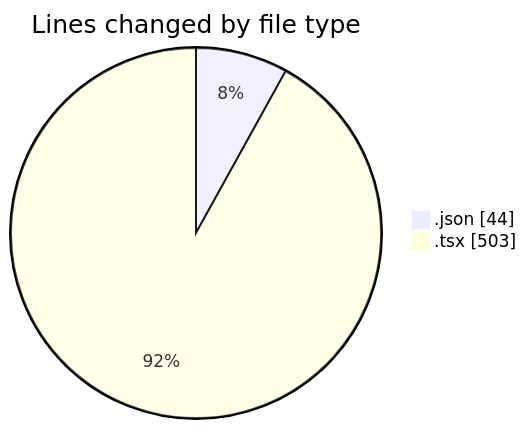
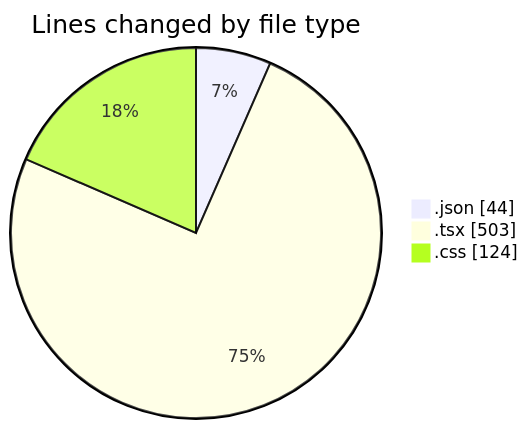
The first of 2 diagrams in 2025-03-18/peregrino-web/README.md (robertbonfada/code-tracking), drawn with Mermaid before and after one commit. The commit also changed other lines of this file and 1 other file, not shown here.

````diff
--- a/2025-03-18/peregrino-web/README.md
+++ b/2025-03-18/peregrino-web/README.md
@@ -25,6 +26,7 @@
 ```mermaid
 pie showData
 title Lines changed by file type
 ".json" : 44
 ".tsx" : 503
+".css" : 124
 ```
````
